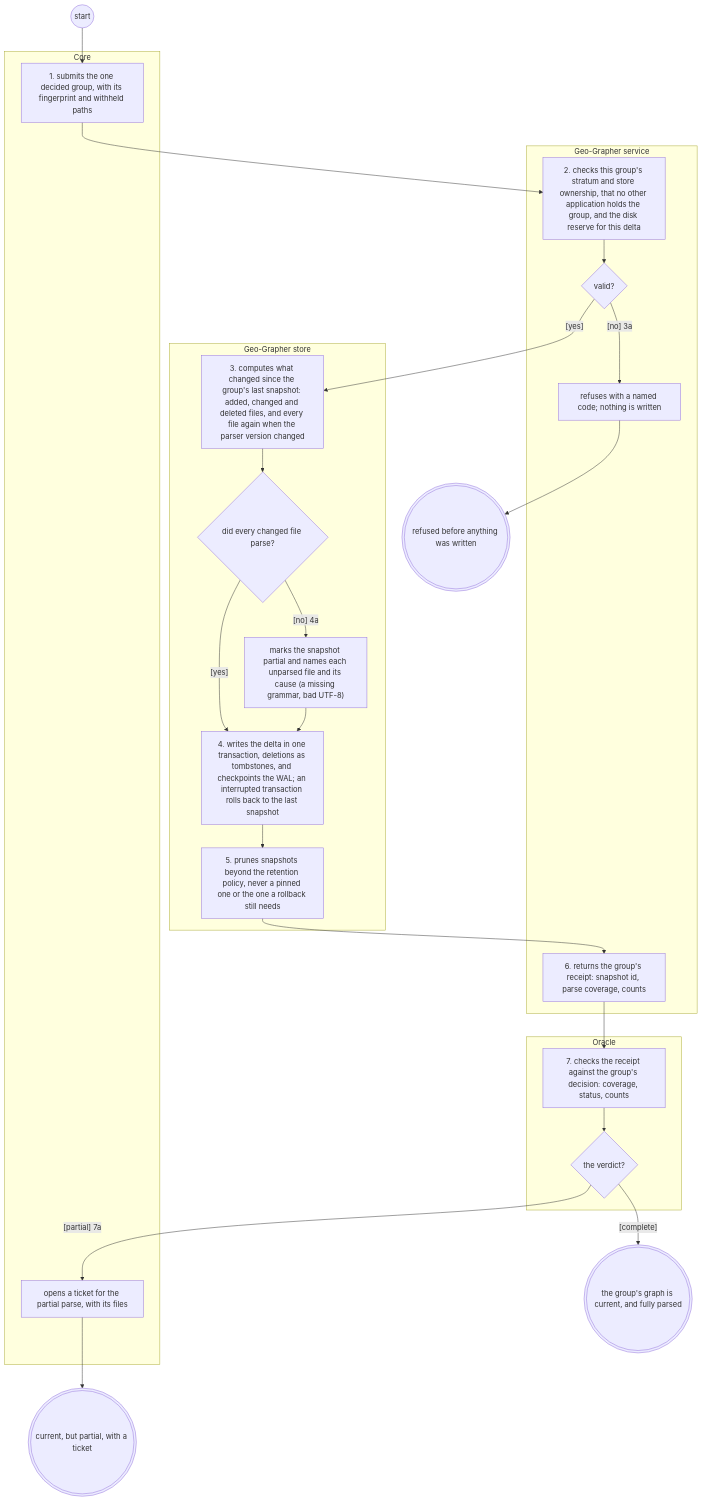
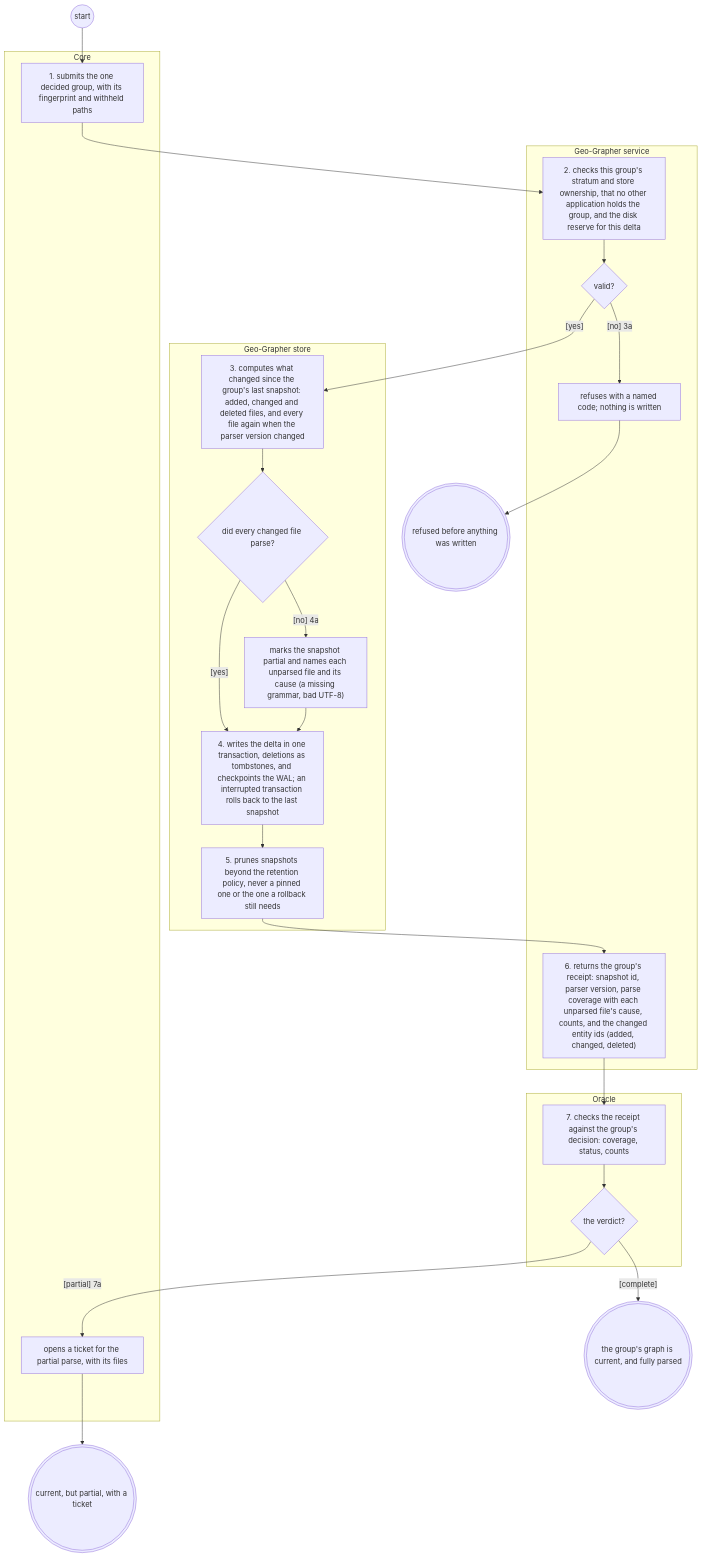
Before and after one commit to Jake36999/Librarian_V2: the diagram in reports/2026-11-25-systems-analysis-finalisation/geo-grapher/to-be/views/graph-building.views.md, drawn with Mermaid. The commit also changed other lines of this file and 51 other files, not shown here.

````diff
--- a/reports/2026-11-25-systems-analysis-finalisation/geo-grapher/to-be/views/graph-building.views.md
+++ b/reports/2026-11-25-systems-analysis-finalisation/geo-grapher/to-be/views/graph-building.views.md
@@ -53,46 +53,46 @@
 ```mermaid
 flowchart TD
   subgraph Core["Core"]
     submit["1. submits the one decided group, with its fingerprint and withheld paths"]
     ticket["opens a ticket for the partial parse, with its files"]
   end
   subgraph Geo_Grapher_service["Geo-Grapher service"]
     check["2. checks this group's stratum and store ownership, that no other application holds the group, and the disk reserve for this delta"]
     dvalid{"valid?"}
     refuse["refuses with a named code; nothing is written"]
-    receipt["6. returns the group's receipt: snapshot id, parse coverage, counts"]
+    receipt["6. returns the group's receipt: snapshot id, parser version, parse coverage with each unparsed file's cause, counts, and the changed entity ids (added, changed, deleted)"]
   end
   subgraph Geo_Grapher_store["Geo-Grapher store"]
     delta["3. computes what changed since the group's last snapshot: added, changed and deleted files, and every file again when the parser version changed"]
     dparse{"did every changed file parse?"}
     partial["marks the snapshot partial and names each unparsed file and its cause (a missing grammar, bad UTF-8)"]
     write["4. writes the delta in one transaction, deletions as tombstones, and checkpoints the WAL; an interrupted transaction rolls back to the last snapshot"]
     prune["5. prunes snapshots beyond the retention policy, never a pinned one or the one a rollback still needs"]
   end
   subgraph Oracle["Oracle"]
     judge["7. checks the receipt against the group's decision: coverage, status, counts"]
     dverdict{"the verdict?"}
   end
   s(("start"))
   e1((("the group's graph is current, and fully parsed")))
   e_partial((("current, but partial, with a ticket")))
   e_refused((("refused before anything was written")))
   s --> submit
   submit --> check
   check --> dvalid
   dvalid -->|"[yes]"| delta
   dvalid -->|"[no] 3a"| refuse
   refuse --> e_refused
   delta --> dparse
   dparse -->|"[yes]"| write
   dparse -->|"[no] 4a"| partial
   partial --> write
   write --> prune
   prune --> receipt
   receipt --> judge
   judge --> dverdict
   dverdict -->|"[complete]"| e1
   dverdict -->|"[partial] 7a"| ticket
   ticket --> e_partial
   classDef ext stroke:#d9534f,stroke-width:2px
 ```
````
